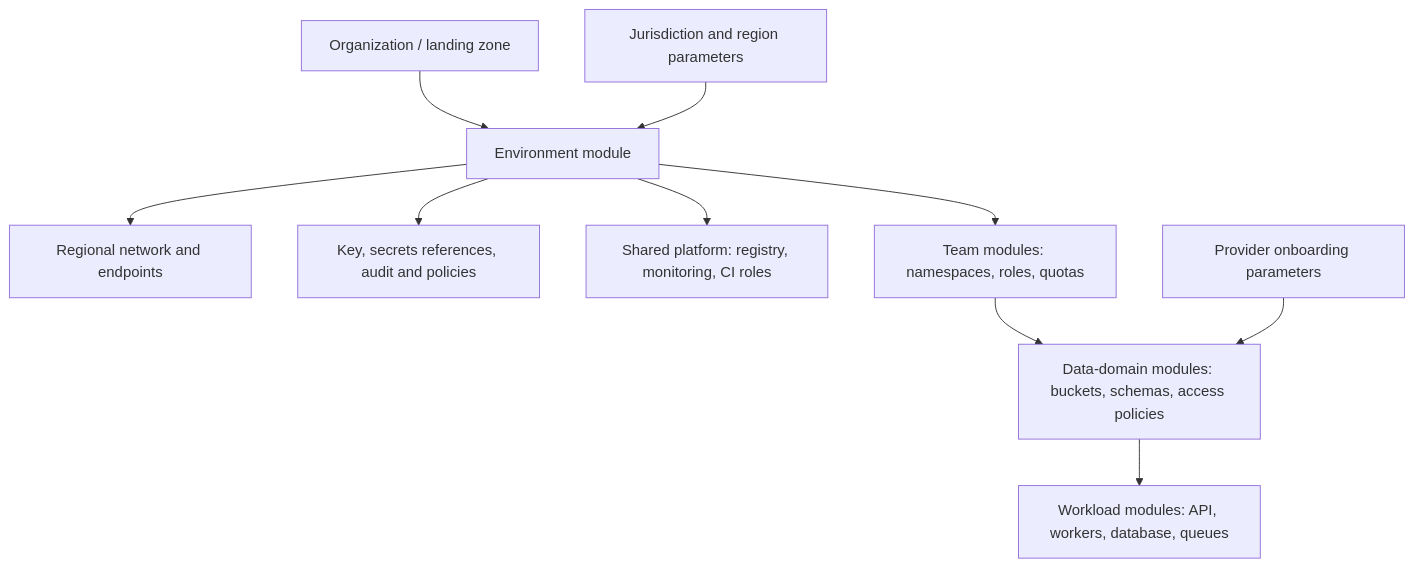
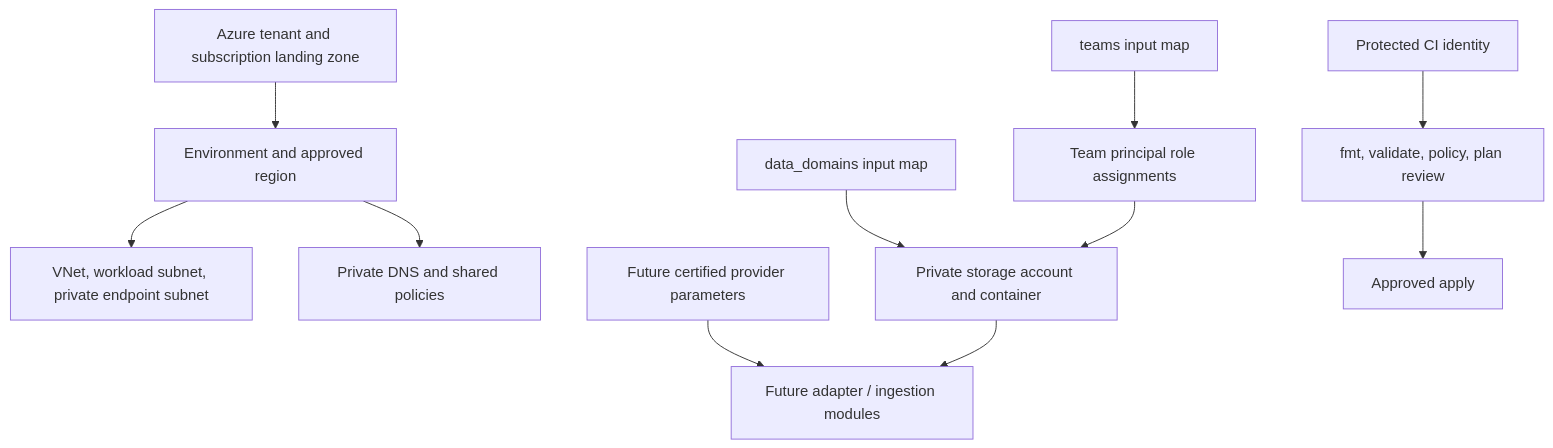
Before and after one commit to mangilal-epam-git/assessment-repo: the diagram in docs/design/iac.md, drawn with Mermaid. The commit also changed other lines of this file and 8 other files, not shown here.

````diff
--- a/docs/design/iac.md
+++ b/docs/design/iac.md
@@ -15,12 +7,13 @@
 ```mermaid
 flowchart TD
-  ORG[Organization / landing zone] --> ENV[Environment module]
-  ENV --> NET[Regional network and endpoints]
-  ENV --> SEC[Key, secrets references, audit and policies]
-  ENV --> SHARED[Shared platform: registry, monitoring, CI roles]
-  ENV --> TEAM[Team modules: namespaces, roles, quotas]
-  TEAM --> DOMAIN[Data-domain modules: buckets, schemas, access policies]
-  DOMAIN --> SERVICE[Workload modules: API, workers, database, queues]
-  PROVIDER[Provider onboarding parameters] --> DOMAIN
-  REGION[Jurisdiction and region parameters] --> ENV
+  Org[Azure tenant and subscription landing zone] --> Env[Environment and approved region]
+  Env --> Network[VNet, workload subnet, private endpoint subnet]
+  Env --> Shared[Private DNS and shared policies]
+  Team[teams input map] --> Role[Team principal role assignments]
+  Domain[data_domains input map] --> Storage[Private storage account and container]
+  Role --> Storage
+  Provider[Future certified provider parameters] --> Workload[Future adapter / ingestion modules]
+  Storage --> Workload
+  CI[Protected CI identity] --> Plan[fmt, validate, policy, plan review]
+  Plan --> Apply[Approved apply]
 ```
````
